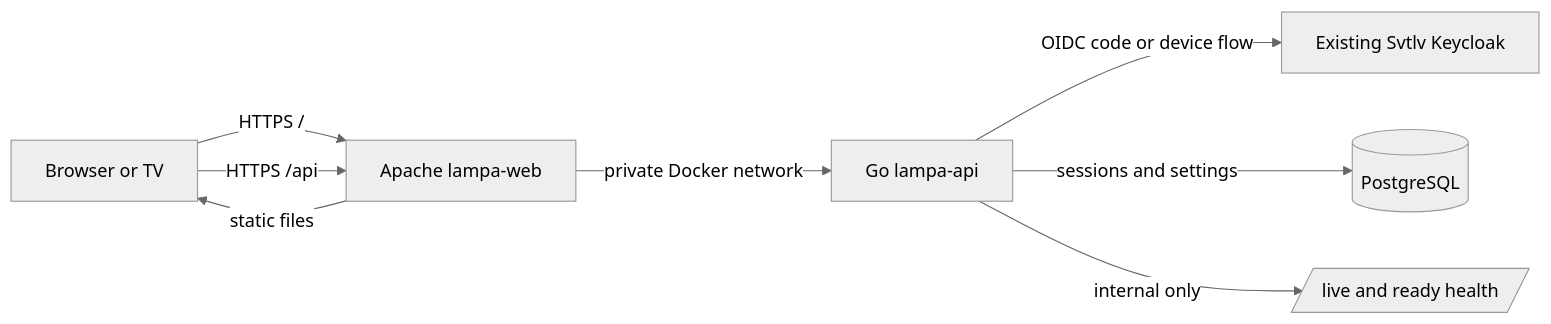
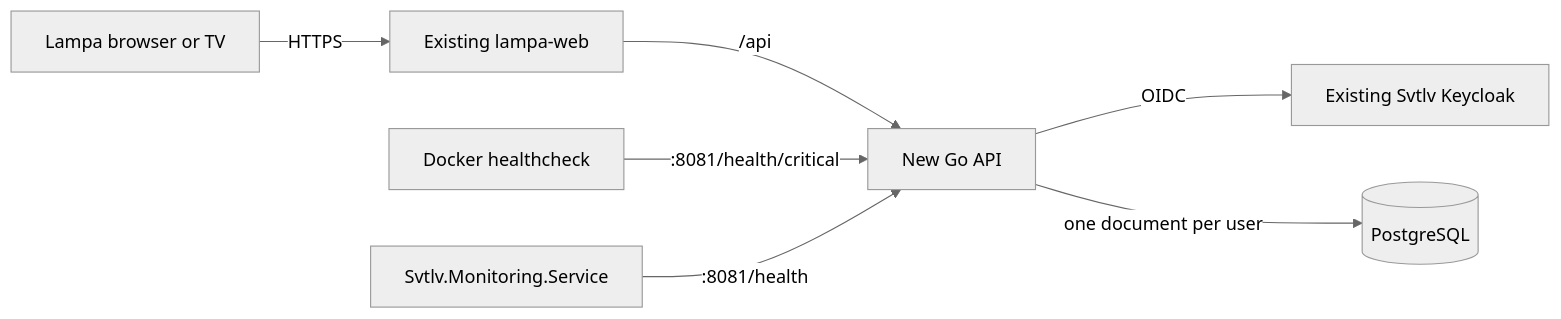
One commit to SvetlovA/lampa changed the diagram in docs/settings-sync-backend-design.md. Above: the diagram before and after it, drawn with Mermaid (neutral theme). The commit also changed other lines of this file, not shown here.

````diff
--- a/docs/settings-sync-backend-design.md
+++ b/docs/settings-sync-backend-design.md
@@ -139,10 +52,9 @@
 ```mermaid
 flowchart LR
-    U[Browser or TV] -->|HTTPS /| W[Apache lampa-web]
-    U -->|HTTPS /api| W
-    W -->|static files| U
-    W -->|private Docker network| A[Go lampa-api]
-    A -->|OIDC code or device flow| K[Existing Svtlv Keycloak]
-    A -->|sessions and settings| P[(PostgreSQL)]
-    A -->|internal only| H[/live and ready health/]
+    L[Lampa browser or TV] -->|HTTPS| W[Existing lampa-web]
+    W -->|/api| A[New Go API]
+    A -->|OIDC| K[Existing Svtlv Keycloak]
+    A -->|one document per user| P[(PostgreSQL)]
+    D[Docker healthcheck] -->|:8081/health/critical| A
+    M[Svtlv.Monitoring.Service] -->|:8081/health| A
 ```
````
